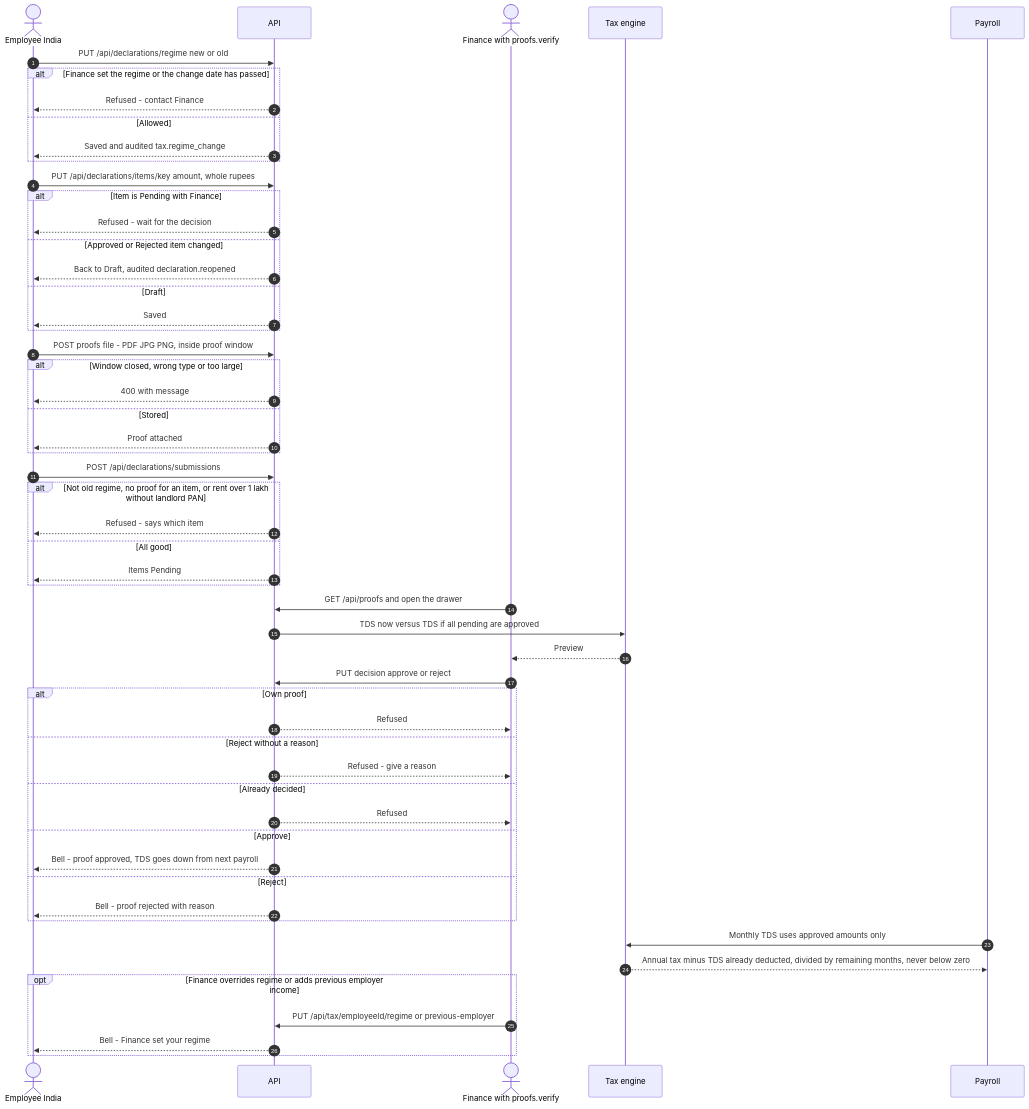
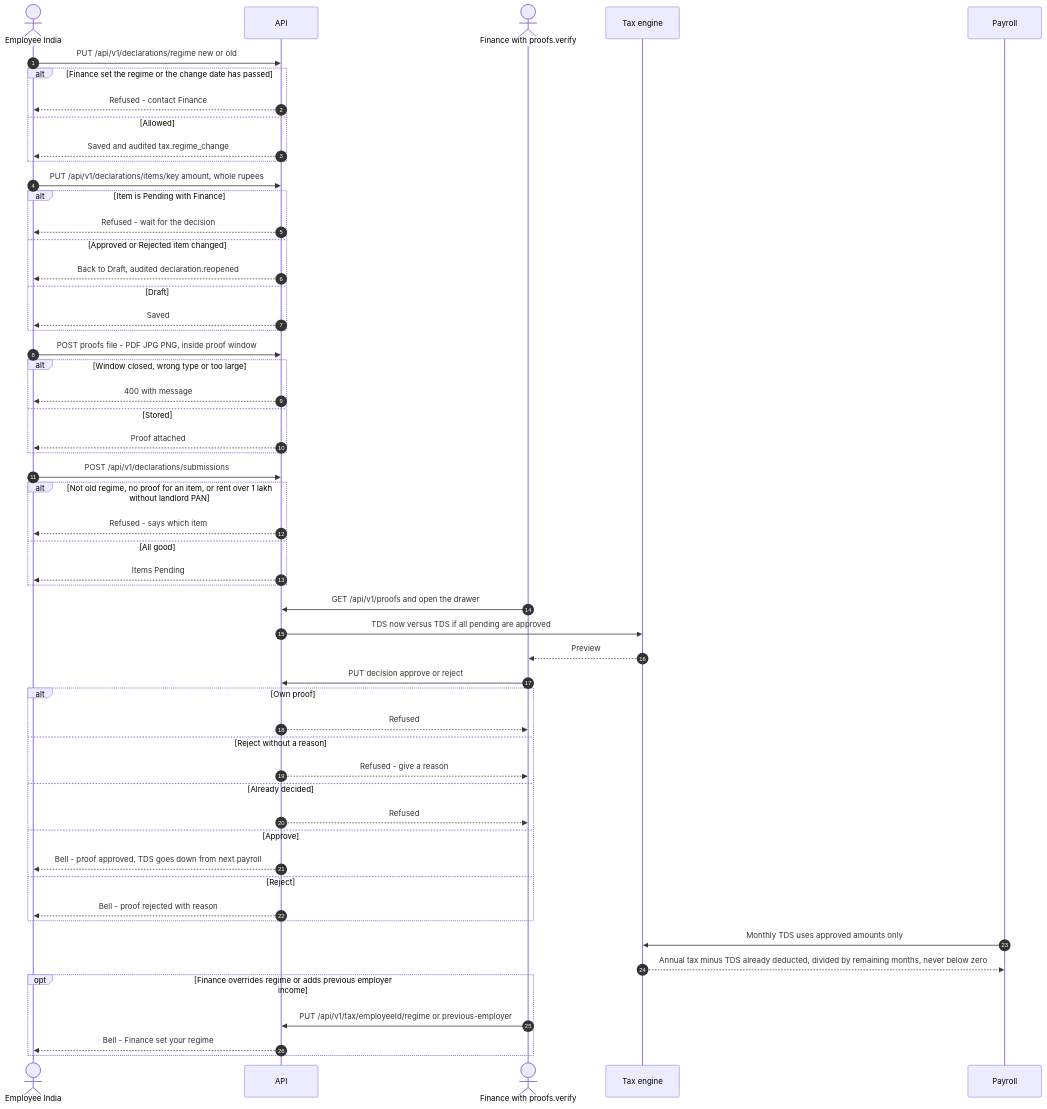
The tenth of 23 diagrams in references/FLOW-JurisOne.md (amitjurislpo/Juris-one), drawn with Mermaid before and after one commit. The commit also changed other lines of this file and 95 other files, not shown here.

First line of the commit message:
Version the whole API: /api/... becomes /api/v1/...

````diff
--- a/references/FLOW-JurisOne.md
+++ b/references/FLOW-JurisOne.md
@@ -453,57 +453,57 @@
 ```mermaid
 sequenceDiagram
     autonumber
     actor E as Employee India
     participant API as API
     actor F as Finance with proofs.verify
     participant T as Tax engine
     participant P as Payroll
 
-    E->>API: PUT /api/declarations/regime new or old
+    E->>API: PUT /api/v1/declarations/regime new or old
     alt Finance set the regime or the change date has passed
         API-->>E: Refused - contact Finance
     else Allowed
         API-->>E: Saved and audited tax.regime_change
     end
-    E->>API: PUT /api/declarations/items/key amount, whole rupees
+    E->>API: PUT /api/v1/declarations/items/key amount, whole rupees
     alt Item is Pending with Finance
         API-->>E: Refused - wait for the decision
     else Approved or Rejected item changed
         API-->>E: Back to Draft, audited declaration.reopened
     else Draft
         API-->>E: Saved
     end
     E->>API: POST proofs file - PDF JPG PNG, inside proof window
     alt Window closed, wrong type or too large
         API-->>E: 400 with message
     else Stored
         API-->>E: Proof attached
     end
-    E->>API: POST /api/declarations/submissions
+    E->>API: POST /api/v1/declarations/submissions
     alt Not old regime, no proof for an item, or rent over 1 lakh without landlord PAN
         API-->>E: Refused - says which item
     else All good
         API-->>E: Items Pending
     end
-    F->>API: GET /api/proofs and open the drawer
+    F->>API: GET /api/v1/proofs and open the drawer
     API->>T: TDS now versus TDS if all pending are approved
     T-->>F: Preview
     F->>API: PUT decision approve or reject
     alt Own proof
         API-->>F: Refused
     else Reject without a reason
         API-->>F: Refused - give a reason
     else Already decided
         API-->>F: Refused
     else Approve
         API-->>E: Bell - proof approved, TDS goes down from next payroll
     else Reject
         API-->>E: Bell - proof rejected with reason
     end
     P->>T: Monthly TDS uses approved amounts only
     T-->>P: Annual tax minus TDS already deducted, divided by remaining months, never below zero
     opt Finance overrides regime or adds previous employer income
-        F->>API: PUT /api/tax/employeeId/regime or previous-employer
+        F->>API: PUT /api/v1/tax/employeeId/regime or previous-employer
         API-->>E: Bell - Finance set your regime
     end
 ```
````
